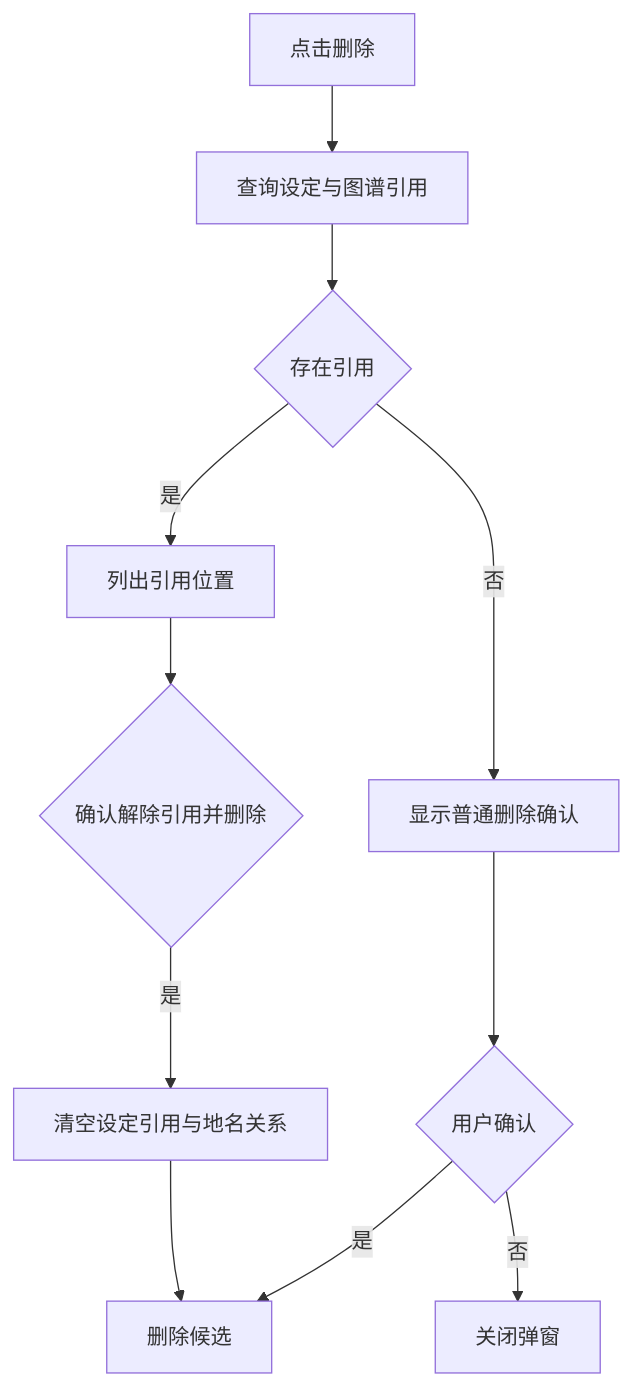
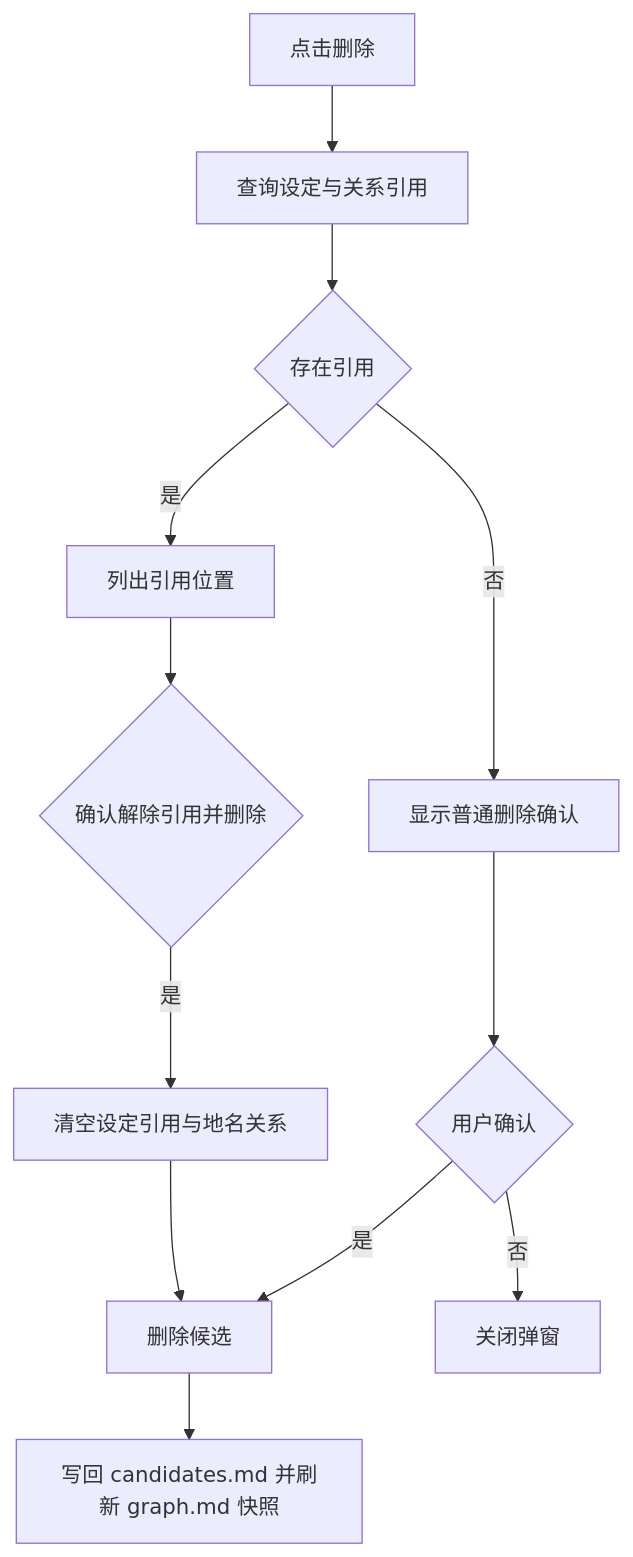
The diagram in docs/prd/03-candidate-library.md (the-writer/creative-workshop), drawn with Mermaid before and after one commit. The commit also changed other lines of this file and 32 other files, not shown here.

````diff
--- a/docs/prd/03-candidate-library.md
+++ b/docs/prd/03-candidate-library.md
@@ -30,13 +36,14 @@
 ```mermaid
 flowchart TD
-  A[点击删除] --> B[查询设定与图谱引用]
+  A[点击删除] --> B[查询设定与关系引用]
   B --> C{存在引用}
   C -- 否 --> D[显示普通删除确认]
   D --> E{用户确认}
   E -- 是 --> F[删除候选]
   E -- 否 --> G[关闭弹窗]
   C -- 是 --> H[列出引用位置]
   H --> I{确认解除引用并删除}
   I -- 是 --> J[清空设定引用与地名关系]
   J --> F
+  F --> K[写回 candidates.md 并刷新 graph.md 快照]
 ```
````
